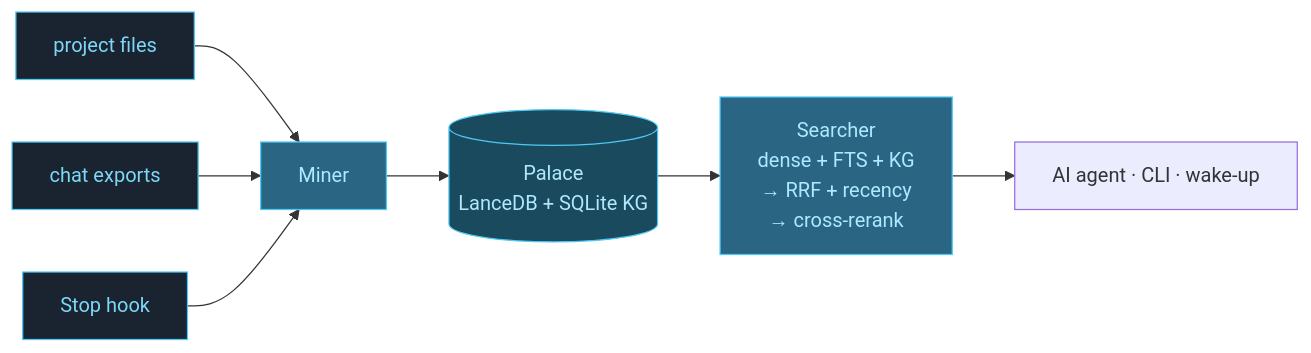
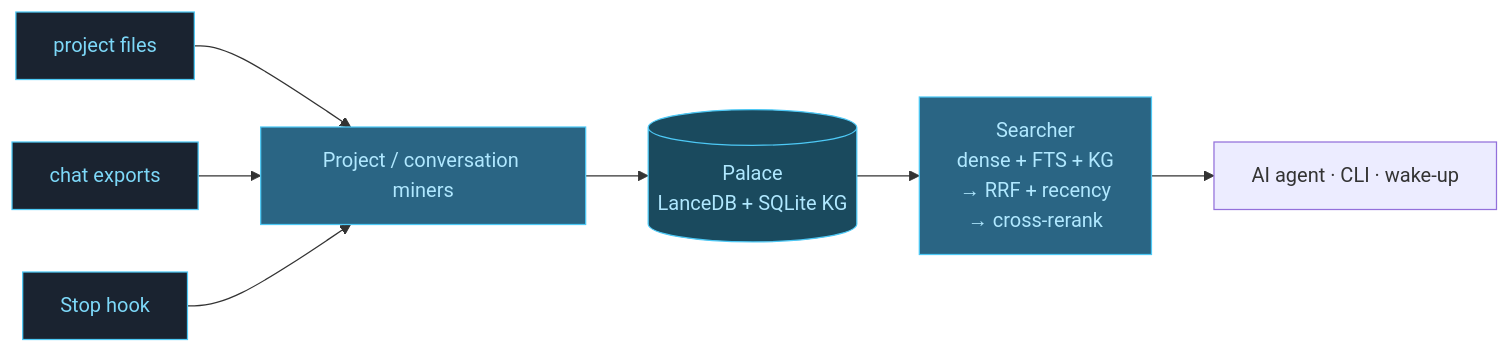
One commit to Testimonial/cognitive-castle changed the diagram in README.md. Above: the diagram before and after it, drawn with Mermaid. The commit also changed other lines of this file and 4 other files, not shown here.

````diff
--- a/README.md
+++ b/README.md
@@ -234,15 +248,15 @@
 ```mermaid
 graph LR
-    A[project files] --> M[Miner]
+    A[project files] --> M[Project / conversation miners]
     B[chat exports] --> M
     C[Stop hook] --> M
     M --> P[(Palace<br/>LanceDB + SQLite KG)]
     P --> S[Searcher<br/>dense + FTS + KG<br/>→ RRF + recency<br/>→ cross-rerank]
     S --> AI[AI agent · CLI · wake-up]
     classDef input fill:#1a2330,stroke:#4dc9f6,color:#7dd8f8
     classDef proc fill:#2a6584,stroke:#4dc9f6,color:#b0e8ff
     classDef store fill:#1a4a5e,stroke:#4dc9f6,color:#b0e8ff
     class A,B,C input
     class M,S proc
     class P store
 ```
````
